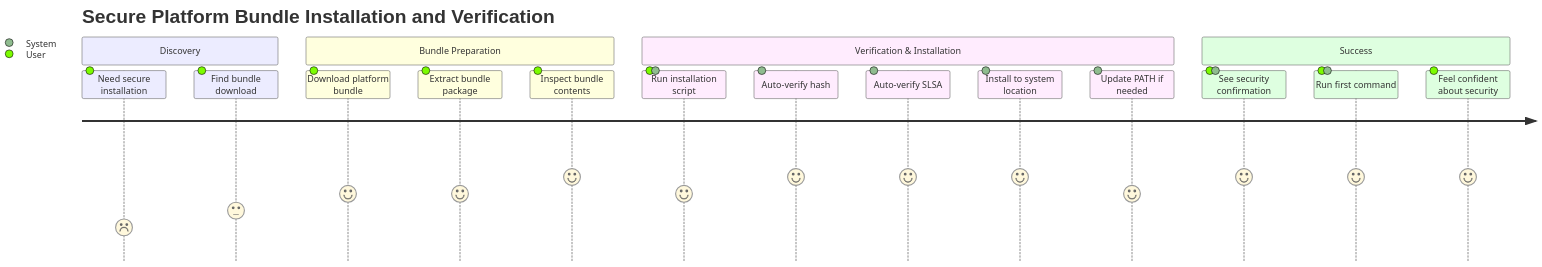
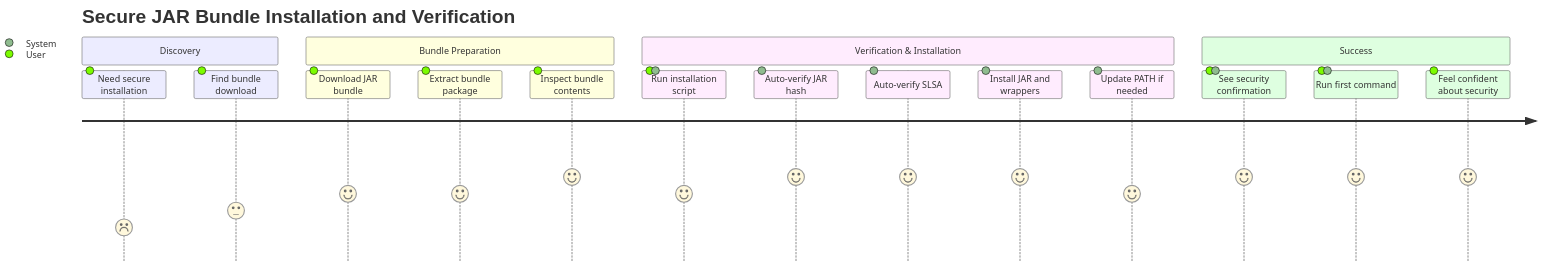
One commit to kamiazya/scopes changed the diagram in docs/explanation/user-stories/0007-secure-manual-installation.md. Above: the diagram before and after it, drawn with Mermaid. The commit also changed other lines of this file and 36 other files, not shown here.

````diff
--- a/docs/explanation/user-stories/0007-secure-manual-installation.md
+++ b/docs/explanation/user-stories/0007-secure-manual-installation.md
@@ -125,24 +125,24 @@
 ```mermaid
 ---
 title: Secure Installation User Journey
 ---
 journey
-        title Secure Platform Bundle Installation and Verification
+        title Secure JAR Bundle Installation and Verification
         section Discovery
           Need secure installation  : 2: User
           Find bundle download      : 3: User
         section Bundle Preparation
-          Download platform bundle   : 4: User
+          Download JAR bundle        : 4: User
           Extract bundle package     : 4: User
           Inspect bundle contents    : 5: User
         section Verification & Installation
           Run installation script    : 4: User, System
-          Auto-verify hash          : 5: System
+          Auto-verify JAR hash      : 5: System
           Auto-verify SLSA          : 5: System
-          Install to system location : 5: System
+          Install JAR and wrappers  : 5: System
           Update PATH if needed      : 4: System
         section Success
           See security confirmation  : 5: User, System
           Run first command         : 5: User, System
           Feel confident about security : 5: User
 ```
````
